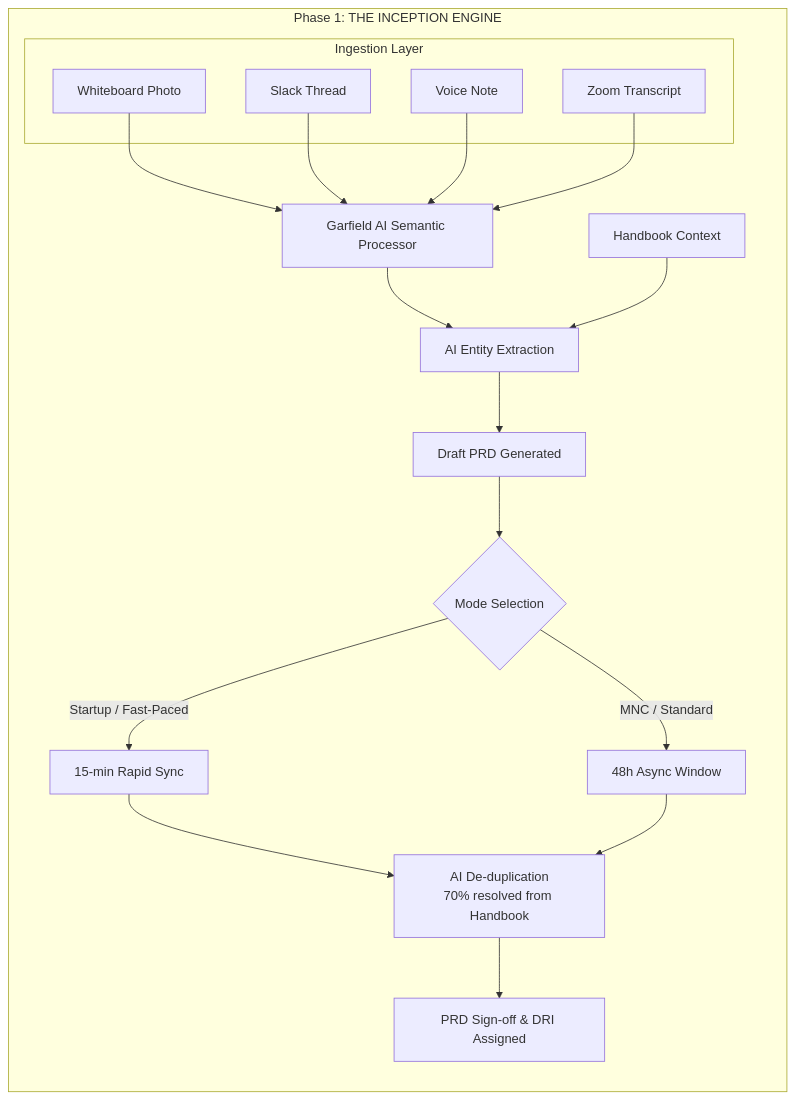
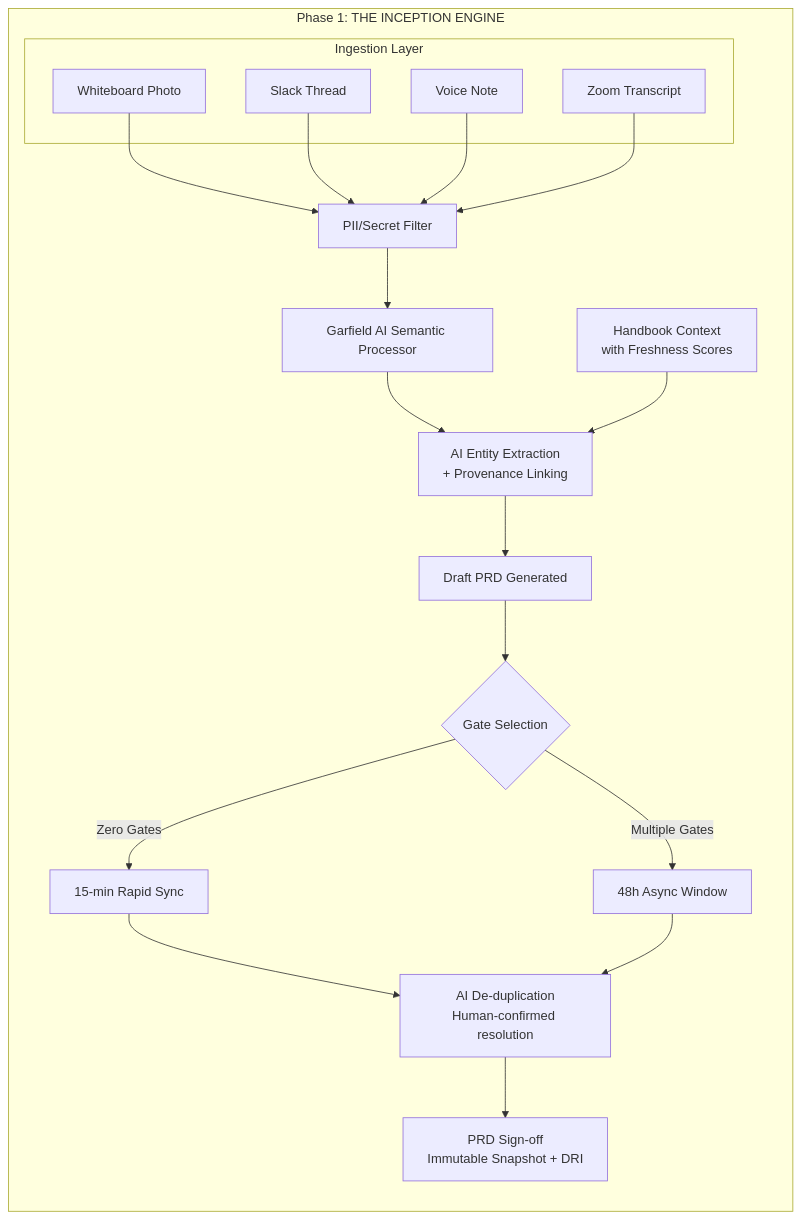
Before and after one commit to ckmonish2000/Garfield: the second of 9 diagrams in docs/architecture.md, drawn with Mermaid. The commit also changed other lines of this file and 1 other file, not shown here.

Commit message:
feat: update the architecture to make it more robust and detailed

````diff
--- a/docs/architecture.md
+++ b/docs/architecture.md
@@ -70,21 +148,22 @@
 ```mermaid
 graph TD
     subgraph INCEPTION["Phase 1: THE INCEPTION ENGINE"]
         direction TB
         subgraph Ingestion["Ingestion Layer"]
             WB[Whiteboard Photo]
             SL[Slack Thread]
             VN[Voice Note]
             ZT[Zoom Transcript]
         end
-        WB & SL & VN & ZT --> SP[Garfield AI Semantic Processor]
-        SP --> EE[AI Entity Extraction]
-        HC[Handbook Context] --> EE
+        WB & SL & VN & ZT --> PII[PII/Secret Filter]
+        PII --> SP[Garfield AI Semantic Processor]
+        SP --> EE[AI Entity Extraction<br/>+ Provenance Linking]
+        HC[Handbook Context<br/>with Freshness Scores] --> EE
         EE --> DP[Draft PRD Generated]
-        DP --> MS{Mode Selection}
-        MS -->|Startup / Fast-Paced| RS[15-min Rapid Sync]
-        MS -->|MNC / Standard| AW[48h Async Window]
-        RS & AW --> DED[AI De-duplication<br/>70% resolved from Handbook]
-        DED --> PS[PRD Sign-off & DRI Assigned]
+        DP --> MS{Gate Selection}
+        MS -->|Zero Gates| RS[15-min Rapid Sync]
+        MS -->|Multiple Gates| AW[48h Async Window]
+        RS & AW --> DED[AI De-duplication<br/>Human-confirmed resolution]
+        DED --> PS[PRD Sign-off<br/>Immutable Snapshot + DRI]
     end
 ```
````
